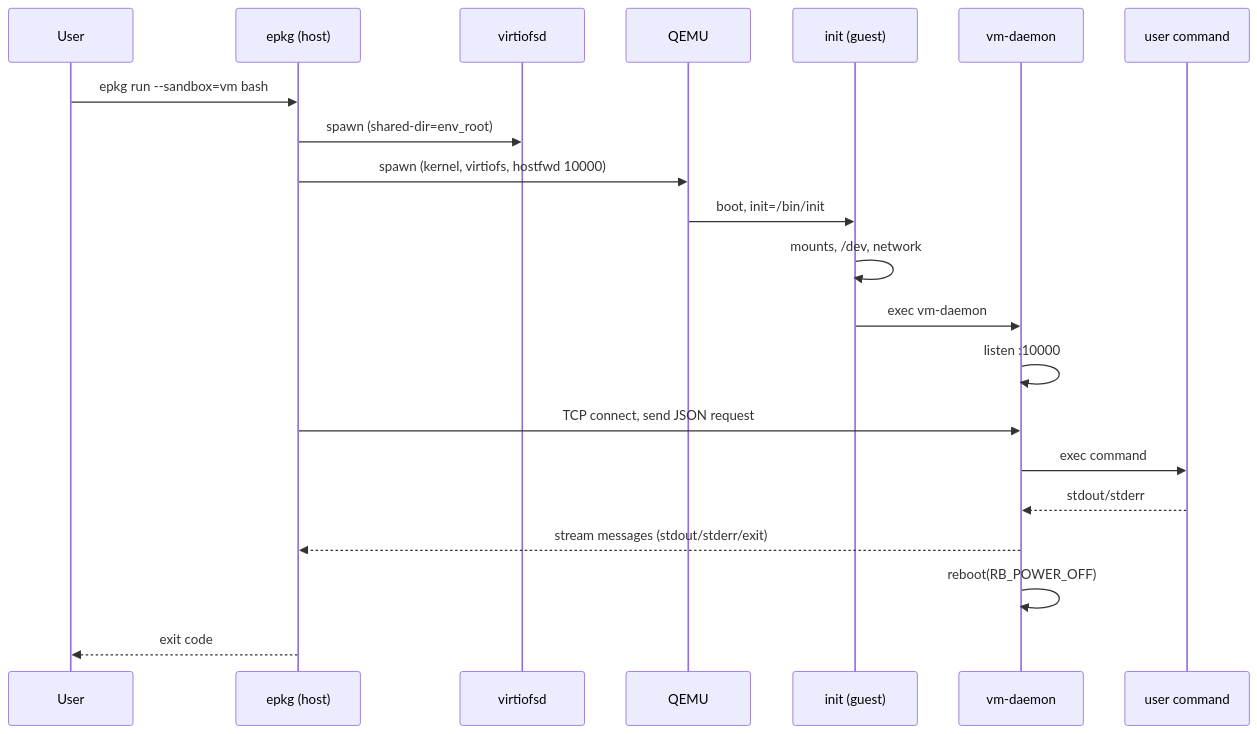
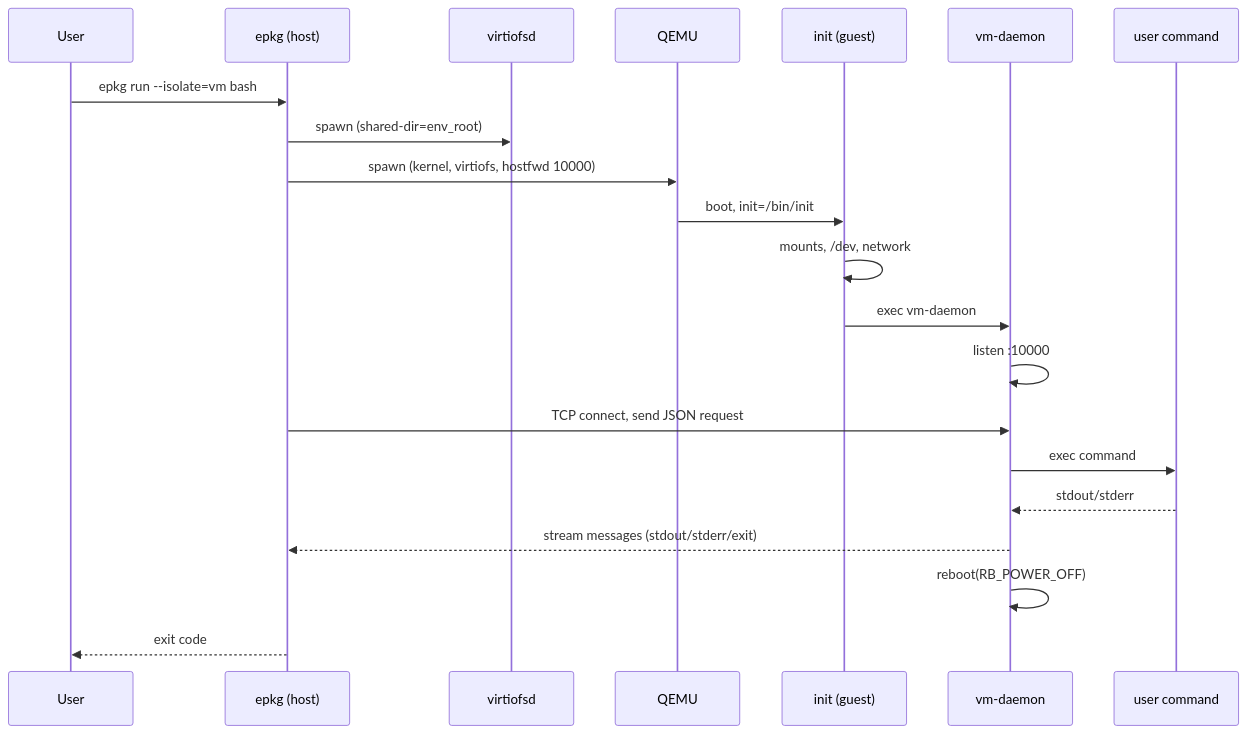
One commit to xiaobingling93-pixel/openeuler-epkg changed the second of 3 diagrams in docs/design-notes/sandbox-vmm.md. Above: the diagram before and after it, drawn with Mermaid. The commit also changed other lines of this file and 20 other files, not shown here.

First line of the commit message:
epkg run --sandbox: rename param to --isolate

````diff
--- a/docs/design-notes/sandbox-vmm.md
+++ b/docs/design-notes/sandbox-vmm.md
@@ -121,24 +121,24 @@
 ```mermaid
 sequenceDiagram
   participant U as User
   participant H as epkg (host)
   participant V as virtiofsd
   participant Q as QEMU
   participant I as init (guest)
   participant D as vm-daemon
   participant C as user command
 
-  U->>H: epkg run --sandbox=vm bash
+  U->>H: epkg run --isolate=vm bash
   H->>V: spawn (shared-dir=env_root)
   H->>Q: spawn (kernel, virtiofs, hostfwd 10000)
   Q->>I: boot, init=/bin/init
   I->>I: mounts, /dev, network
   I->>D: exec vm-daemon
   D->>D: listen :10000
   H->>D: TCP connect, send JSON request
   D->>C: exec command
   C-->>D: stdout/stderr
   D-->>H: stream messages (stdout/stderr/exit)
   D->>D: reboot(RB_POWER_OFF)
   H-->>U: exit code
 ```
````
